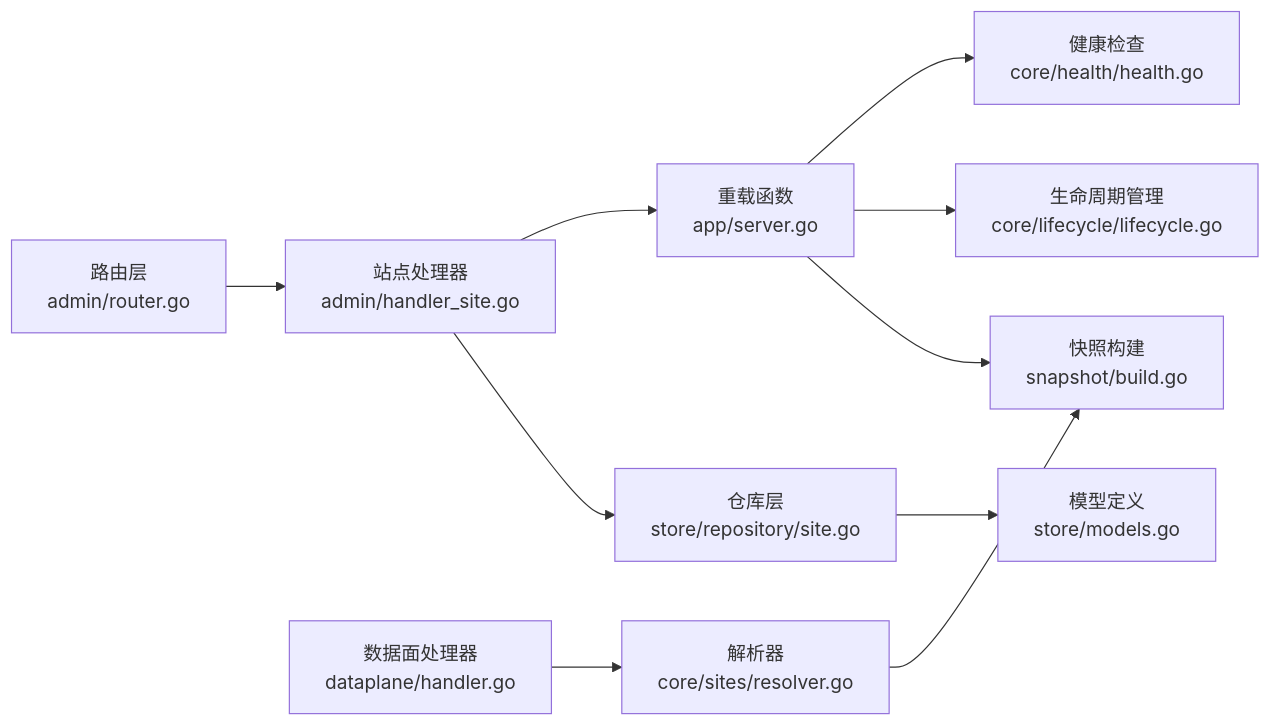
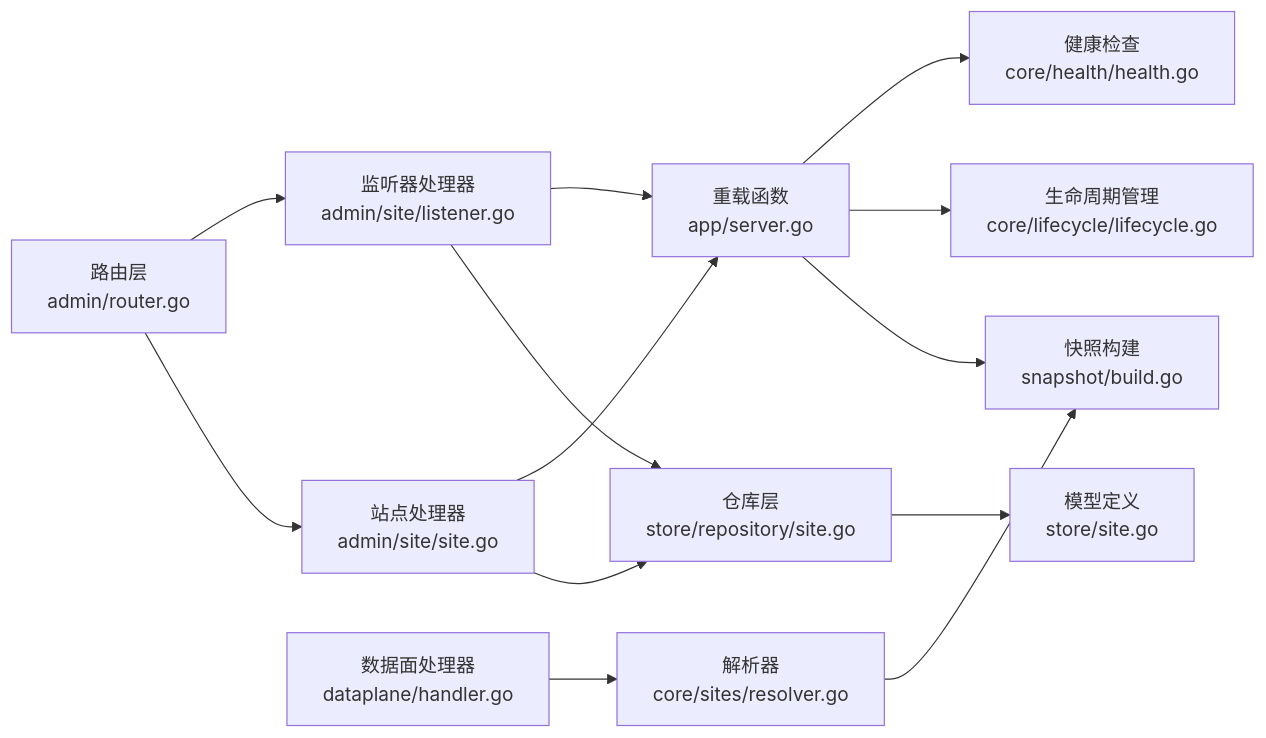
Before and after one commit to x01n/My-OpenWaf: the eighth of 8 diagrams in docs/管理 API 系统/站点管理 API.md, drawn with Mermaid. The commit also changed other lines of this file and 199 other files, not shown here.

````diff
--- a/docs/管理 API 系统/站点管理 API.md
+++ b/docs/管理 API 系统/站点管理 API.md
@@ -278,12 +335,15 @@
 ```mermaid
 graph LR
-Router["路由层<br/>admin/router.go"] --> Handler["站点处理器<br/>admin/handler_site.go"]
+Router["路由层<br/>admin/router.go"] --> Handler["站点处理器<br/>admin/site/site.go"]
+Router --> ListenerHandler["监听器处理器<br/>admin/site/listener.go"]
 Handler --> Repo["仓库层<br/>store/repository/site.go"]
-Repo --> Models["模型定义<br/>store/models.go"]
+ListenerHandler --> Repo
+Repo --> Models["模型定义<br/>store/site.go"]
 Handler --> Reload["重载函数<br/>app/server.go"]
+ListenerHandler --> Reload
 Reload --> Snapshot["快照构建<br/>snapshot/build.go"]
 Reload --> Lifecycle["生命周期管理<br/>core/lifecycle/lifecycle.go"]
 Reload --> Health["健康检查<br/>core/health/health.go"]
 DataPlane["数据面处理器<br/>dataplane/handler.go"] --> Resolver["解析器<br/>core/sites/resolver.go"]
 Resolver --> Snapshot
 ```
````
